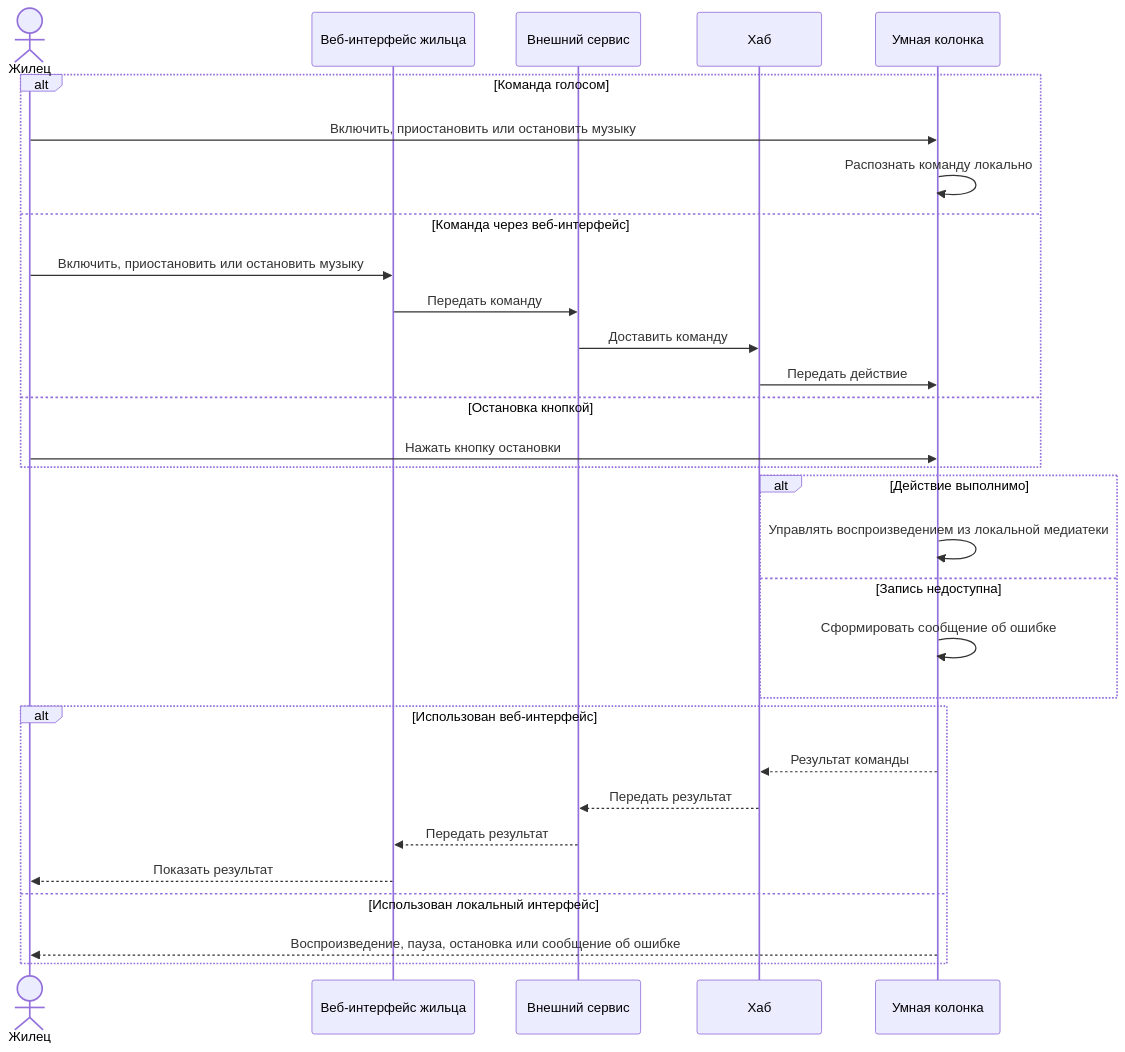
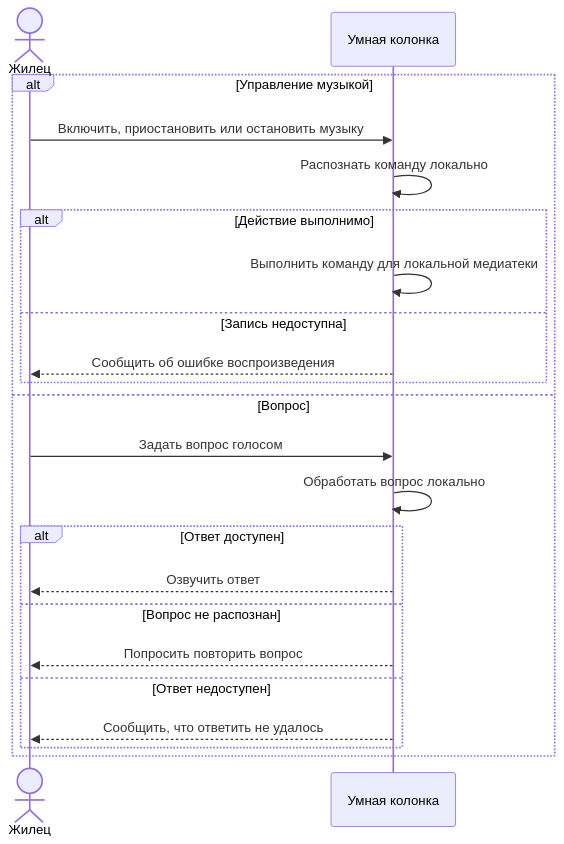
The diagram in customer_side/base_scenarios/S04_MUSIC.md (BPLA-Team/carrot-apples), drawn with Mermaid before and after one commit. The commit also changed other lines of this file and 4 other files, not shown here.

````diff
--- a/customer_side/base_scenarios/S04_MUSIC.md
+++ b/customer_side/base_scenarios/S04_MUSIC.md
@@ -3,32 +3,24 @@
 ```mermaid
 sequenceDiagram
     actor R as Жилец
-    participant W as Веб-интерфейс жильца
-    participant S as Внешний сервис
-    participant H as Хаб
     participant K as Умная колонка
-    alt Команда голосом
+    alt Управление музыкой
         R->>K: Включить, приостановить или остановить музыку
         K->>K: Распознать команду локально
-    else Команда через веб-интерфейс
-        R->>W: Включить, приостановить или остановить музыку
-        W->>S: Передать команду
-        S->>H: Доставить команду
-        H->>K: Передать действие
-    else Остановка кнопкой
-        R->>K: Нажать кнопку остановки
-    end
-    alt Действие выполнимо
-        K->>K: Управлять воспроизведением из локальной медиатеки
-    else Запись недоступна
-        K->>K: Сформировать сообщение об ошибке
-    end
-    alt Использован веб-интерфейс
-        K-->>H: Результат команды
-        H-->>S: Передать результат
-        S-->>W: Передать результат
-        W-->>R: Показать результат
-    else Использован локальный интерфейс
-        K-->>R: Воспроизведение, пауза, остановка или сообщение об ошибке
+        alt Действие выполнимо
+            K->>K: Выполнить команду для локальной медиатеки
+        else Запись недоступна
+            K-->>R: Сообщить об ошибке воспроизведения
+        end
+    else Вопрос
+        R->>K: Задать вопрос голосом
+        K->>K: Обработать вопрос локально
+        alt Ответ доступен
+            K-->>R: Озвучить ответ
+        else Вопрос не распознан
+            K-->>R: Попросить повторить вопрос
+        else Ответ недоступен
+            K-->>R: Сообщить, что ответить не удалось
+        end
     end
 ```
````
